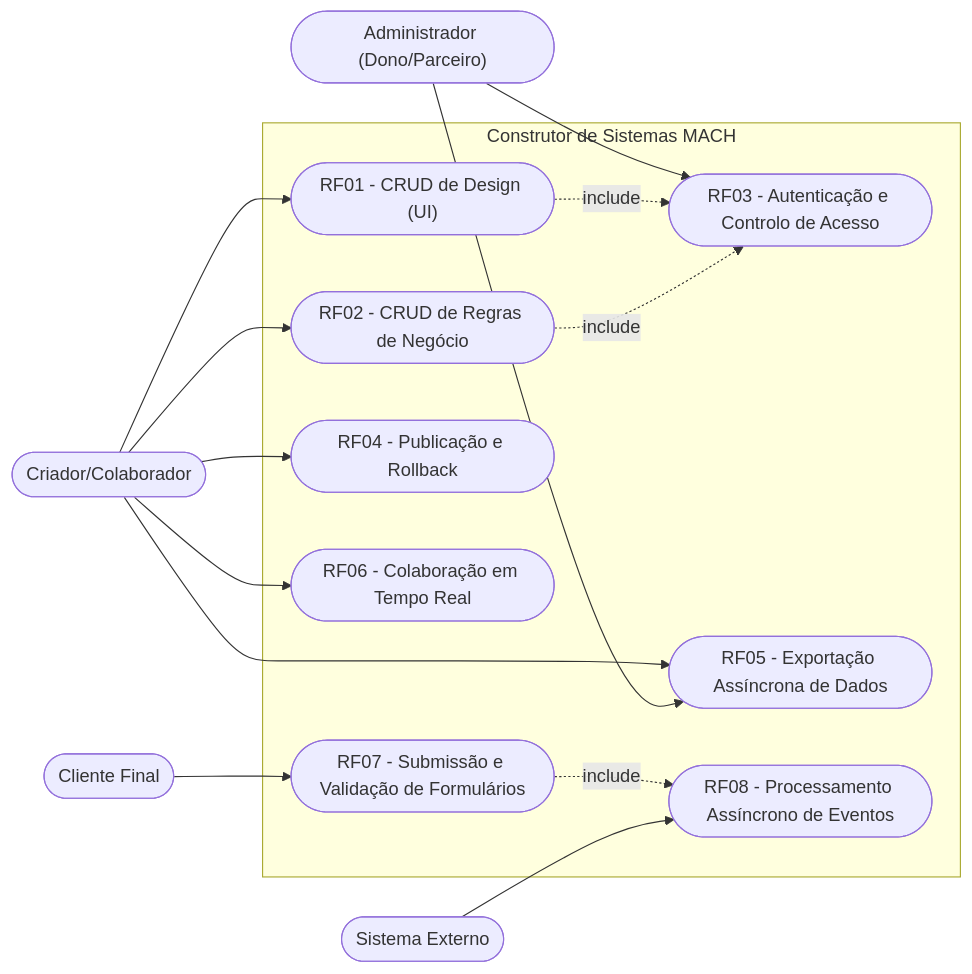
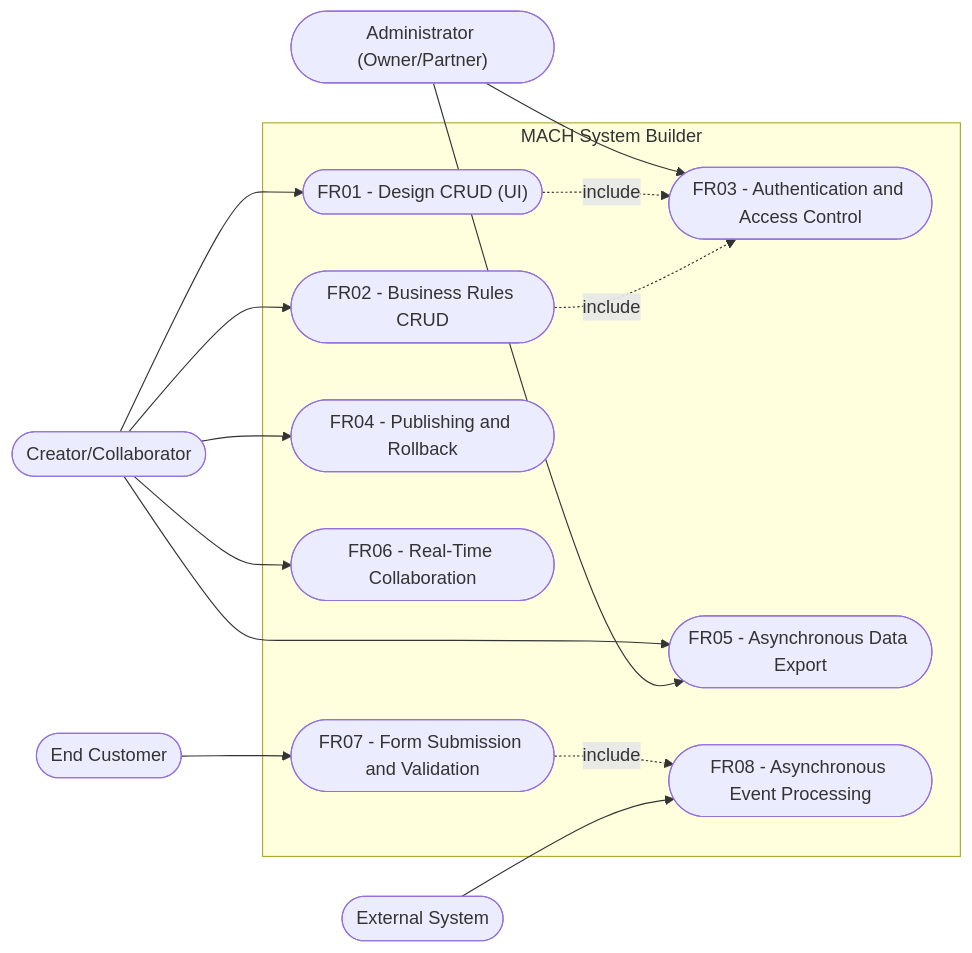
Before and after one commit to GiovaniRodrigo/arquitetura-mach-saas-nocode: the first of 4 diagrams in specs/001-construtor-sistemas-mach-v4/spec.md, drawn with Mermaid. The commit also changed other lines of this file and 86 other files, not shown here.

````diff
--- a/specs/001-construtor-sistemas-mach-v4/spec.md
+++ b/specs/001-construtor-sistemas-mach-v4/spec.md
@@ -117,31 +117,31 @@
 ```mermaid
 flowchart LR
-  criador(["Criador/Colaborador"])
-  cliente(["Cliente Final"])
-  admin(["Administrador (Dono/Parceiro)"])
-  externo(["Sistema Externo"])
+  criador(["Creator/Collaborator"])
+  cliente(["End Customer"])
+  admin(["Administrator (Owner/Partner)"])
+  externo(["External System"])
 
-  subgraph sistema["Construtor de Sistemas MACH"]
-    UC1(["RF01 - CRUD de Design (UI)"])
-    UC2(["RF02 - CRUD de Regras de Negócio"])
-    UC3(["RF03 - Autenticação e Controlo de Acesso"])
-    UC4(["RF04 - Publicação e Rollback"])
-    UC5(["RF05 - Exportação Assíncrona de Dados"])
-    UC6(["RF06 - Colaboração em Tempo Real"])
-    UC7(["RF07 - Submissão e Validação de Formulários"])
-    UC8(["RF08 - Processamento Assíncrono de Eventos"])
+  subgraph sistema["MACH System Builder"]
+    UC1(["FR01 - Design CRUD (UI)"])
+    UC2(["FR02 - Business Rules CRUD"])
+    UC3(["FR03 - Authentication and Access Control"])
+    UC4(["FR04 - Publishing and Rollback"])
+    UC5(["FR05 - Asynchronous Data Export"])
+    UC6(["FR06 - Real-Time Collaboration"])
+    UC7(["FR07 - Form Submission and Validation"])
+    UC8(["FR08 - Asynchronous Event Processing"])
   end
 
   criador --> UC1
   criador --> UC2
   criador --> UC4
   criador --> UC5
   criador --> UC6
   admin --> UC3
   admin --> UC5
   cliente --> UC7
   UC7 -. include .-> UC8
   externo --> UC8
   UC1 -. include .-> UC3
   UC2 -. include .-> UC3
 ```
````
